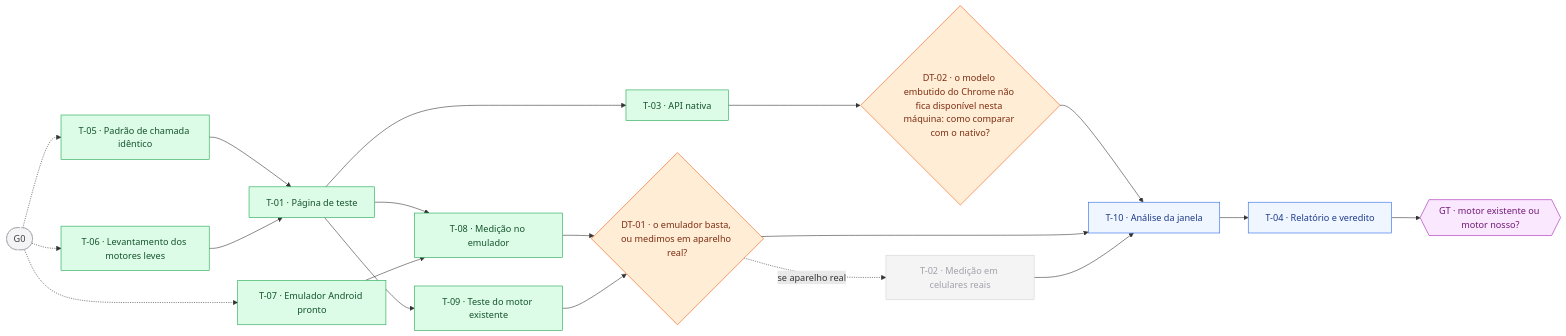
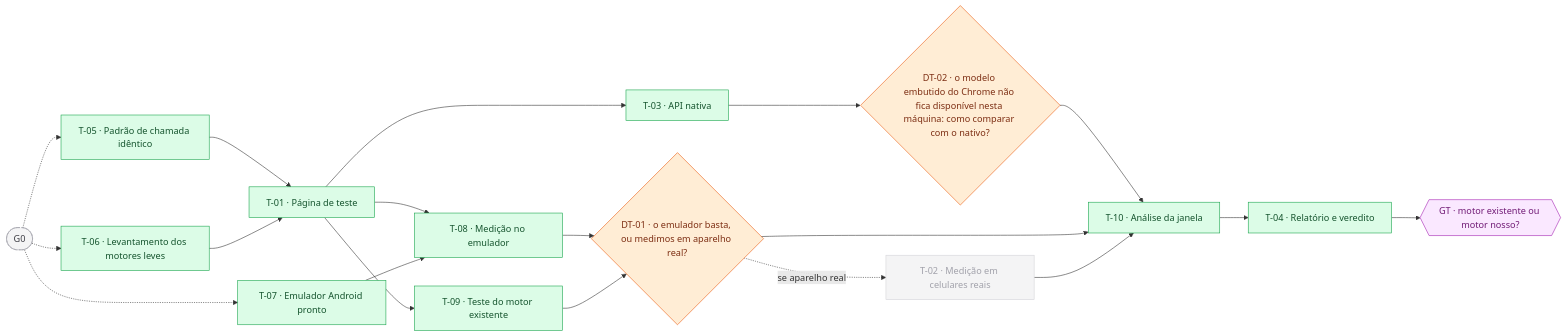
The third of 9 diagrams in ROADMAP.md (frederico-kluser/som-webcore), drawn with Mermaid before and after one commit. The commit also changed other lines of this file and 3 other files, not shown here.

First line of the commit message:
docs(roadmap): fechar o marco T — janela e portão GT (#18)

````diff
--- a/ROADMAP.md
+++ b/ROADMAP.md
@@ -330,43 +330,43 @@
 ```mermaid
 flowchart LR
     G0(["G0"]):::ext
     T05["T-05 · Padrão de chamada idêntico"]:::done
     T06["T-06 · Levantamento dos motores leves"]:::done
     T07["T-07 · Emulador Android pronto"]:::done
     T01["T-01 · Página de teste"]:::done
     T08["T-08 · Medição no emulador"]:::done
     T09["T-09 · Teste do motor existente"]:::done
     T03["T-03 · API nativa"]:::done
     DT01{"DT-01 · o emulador basta, ou medimos em aparelho real?"}:::fork
     DT02{"DT-02 · o modelo embutido do Chrome não fica disponível nesta máquina: como comparar com o nativo?"}:::fork
     T02["T-02 · Medição em celulares reais"]:::off
-    T10["T-10 · Análise da janela"]:::todo
-    T04["T-04 · Relatório e veredito"]:::todo
+    T10["T-10 · Análise da janela"]:::done
+    T04["T-04 · Relatório e veredito"]:::done
     GT{{"GT · motor existente ou motor nosso?"}}:::gate
     G0 -.-> T05
     G0 -.-> T06
     G0 -.-> T07
     T05 --> T01
     T06 --> T01
     T01 --> T08
     T07 --> T08
     T01 --> T09
     T01 --> T03
     T08 --> DT01
     T09 --> DT01
     T03 --> DT02
     DT01 -.->|"se aparelho real"| T02
     DT02 --> T10
     DT01 --> T10
     T02 --> T10
     T10 --> T04
     T04 --> GT
     classDef done fill:#dcfce7,stroke:#16a34a,color:#14532d;
     classDef doing fill:#fef9c3,stroke:#ca8a04,color:#713f12;
     classDef todo fill:#eff6ff,stroke:#2563eb,color:#1e3a8a;
     classDef gate fill:#fae8ff,stroke:#a21caf,color:#701a75;
     classDef fork fill:#ffedd5,stroke:#ea580c,color:#7c2d12;
     classDef opt fill:#f8fafc,stroke:#64748b,color:#334155,stroke-dasharray: 5 4;
     classDef off fill:#f4f4f5,stroke:#d4d4d8,color:#a1a1aa;
     classDef ext fill:#f4f4f5,stroke:#a1a1aa,color:#3f3f46,stroke-dasharray: 4 3;
 ```
````
